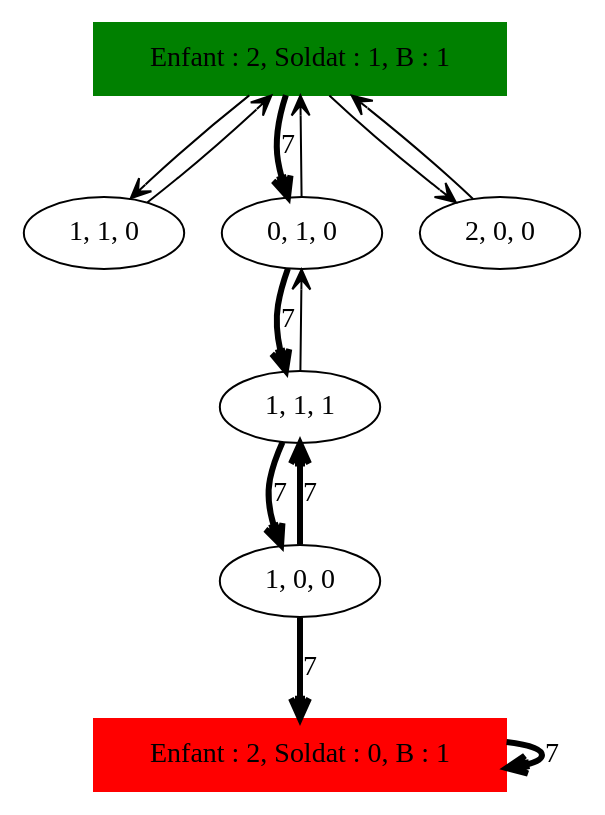
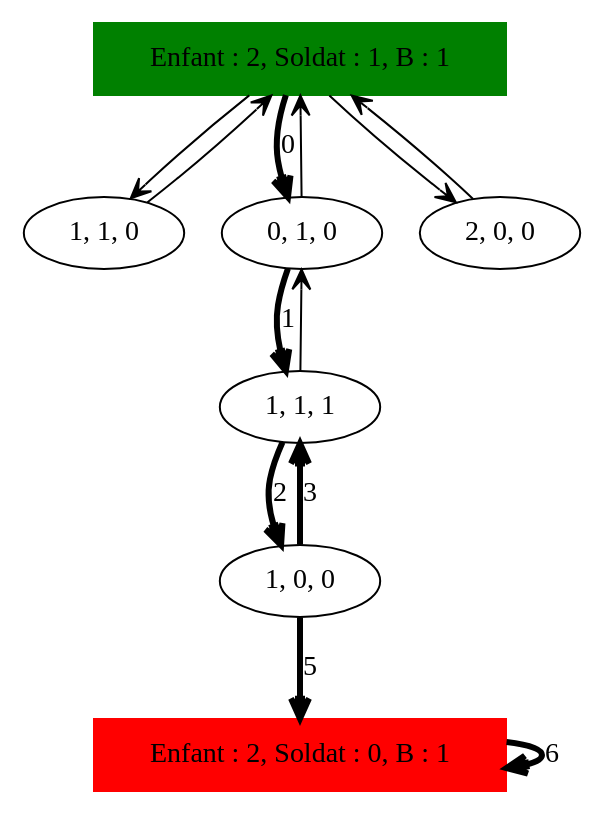
One commit to samsoucoupe/concept-a-ia changed the diagram in Concept_IA_Ben_dhiab_Roblin/DOT/Soldat/Soldat_Sol_7.dot. Above: the diagram before and after it, drawn with Graphviz. The commit also changed 251 other files, not shown here.

```diff
--- a/Concept_IA_Ben_dhiab_Roblin/DOT/Soldat/Soldat_Sol_7.dot
+++ b/Concept_IA_Ben_dhiab_Roblin/DOT/Soldat/Soldat_Sol_7.dot
@@ -1,16 +1,16 @@
 digraph Soldat_Sol_ {
 	initial [label="Enfant : 2, Soldat : 1, B : 1" color=green shape=box style=filled]
 	final [label="Enfant : 2, Soldat : 0, B : 1" color=red shape=box style=filled]
 	initial -> "1, 1, 0" [arrowhead=open]
-	initial -> "0, 1, 0" [label=7 arrowhead=open penwidth=3]
+	initial -> "0, 1, 0" [label=0 arrowhead=open penwidth=3]
 	initial -> "2, 0, 0" [arrowhead=open]
 	"2, 0, 0" -> initial [arrowhead=open]
-	"0, 1, 0" -> "1, 1, 1" [label=7 arrowhead=open penwidth=3]
+	"0, 1, 0" -> "1, 1, 1" [label=1 arrowhead=open penwidth=3]
 	"0, 1, 0" -> initial [arrowhead=open]
 	"1, 1, 1" -> "0, 1, 0" [arrowhead=open]
-	"1, 1, 1" -> "1, 0, 0" [label=7 arrowhead=open penwidth=3]
-	"1, 0, 0" -> final [label=7 arrowhead=open penwidth=3]
-	"1, 0, 0" -> "1, 1, 1" [label=7 arrowhead=open penwidth=3]
-	final -> final [label=7 arrowhead=open penwidth=3]
+	"1, 1, 1" -> "1, 0, 0" [label=2 arrowhead=open penwidth=3]
+	"1, 0, 0" -> final [label=5 arrowhead=open penwidth=3]
+	"1, 0, 0" -> "1, 1, 1" [label=3 arrowhead=open penwidth=3]
+	final -> final [label=6 arrowhead=open penwidth=3]
 	"1, 1, 0" -> initial [arrowhead=open]
 }
```
